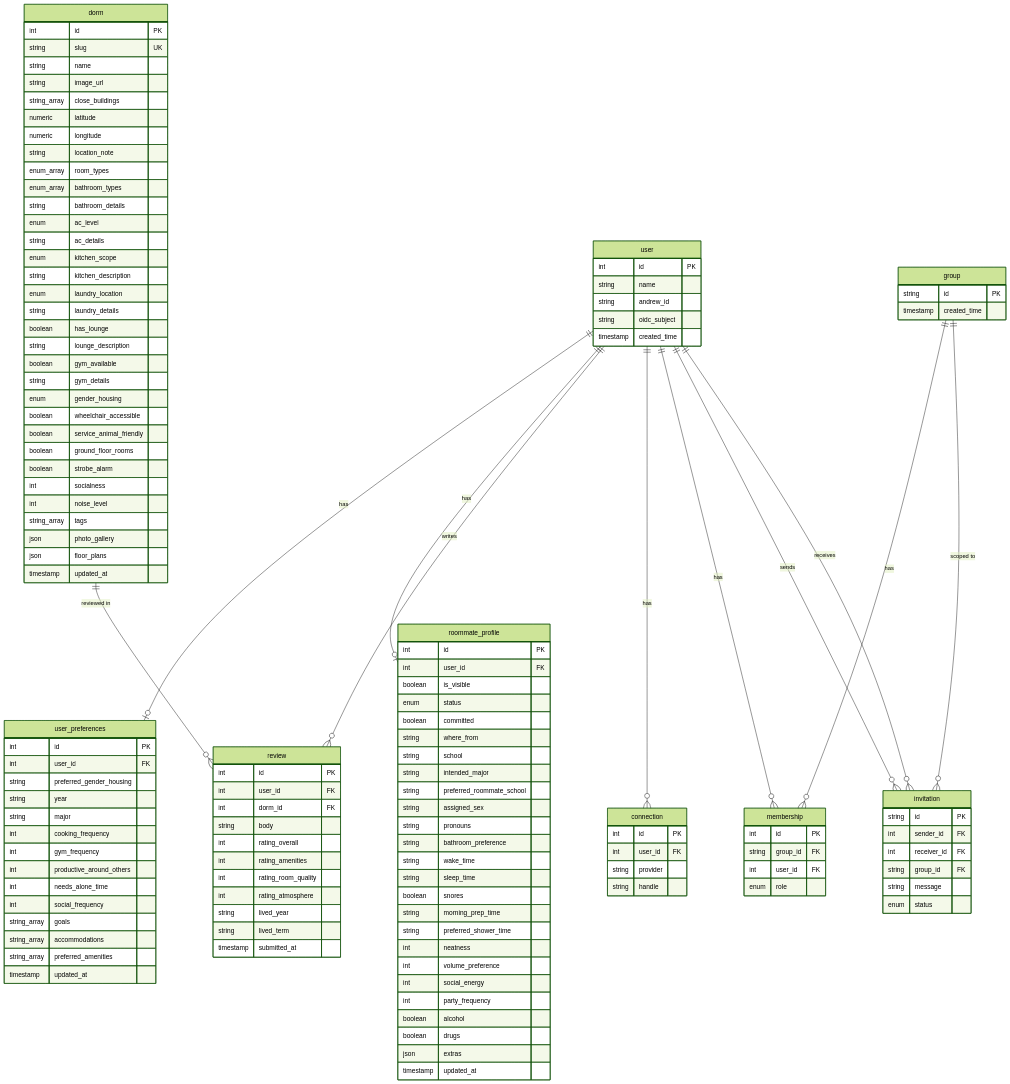
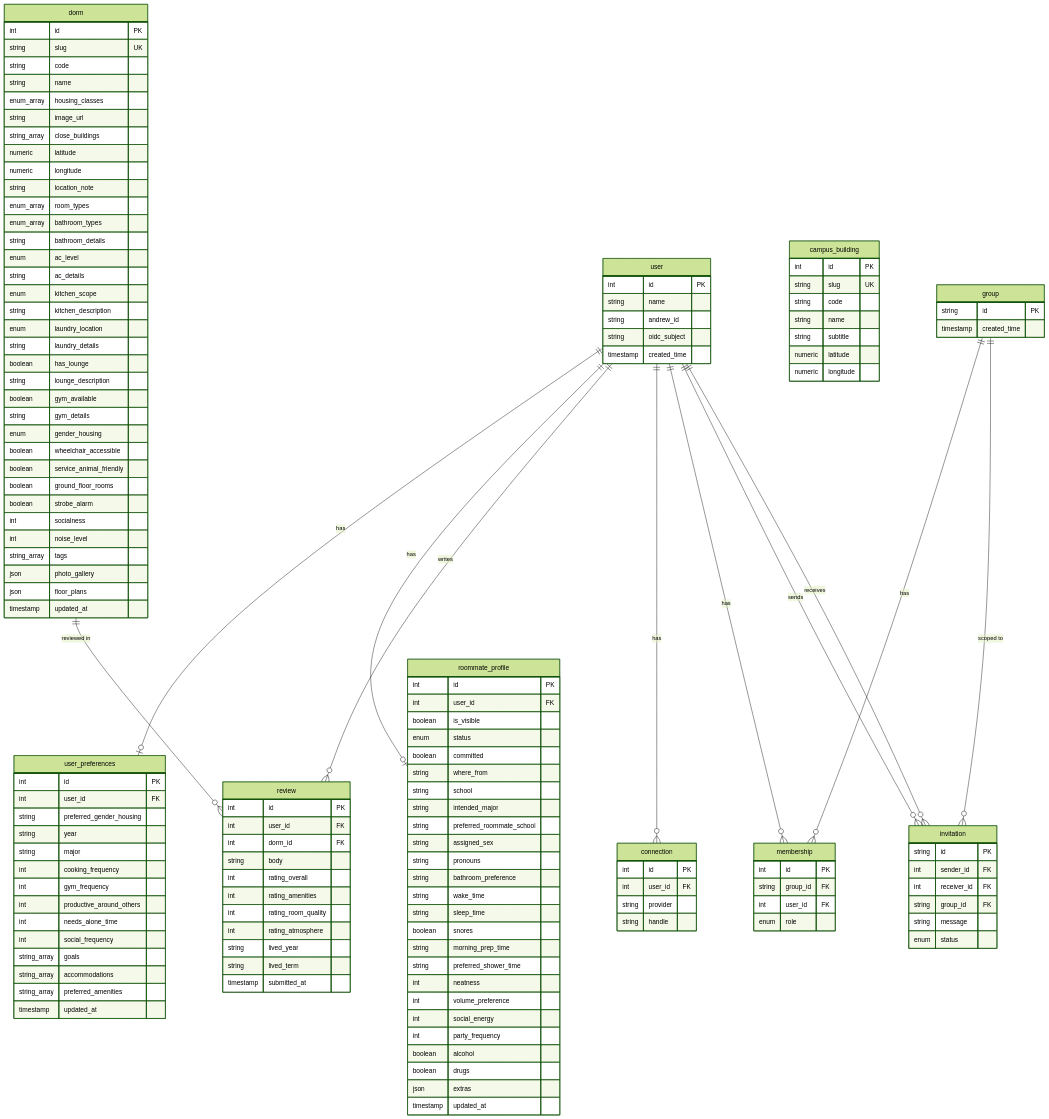
The diagram in docs/database-schema.md (ScottyLabs/housing), drawn with Mermaid (forest theme) before and after one commit. The commit also changed other lines of this file and 1 other file, not shown here.

Commit message:
docs: describe the database-backed building data

```diff
--- a/docs/database-schema.md
+++ b/docs/database-schema.md
@@ -63,7 +63,9 @@
     dorm {
         int id PK
         string slug UK
+        string code
         string name
+        enum_array housing_classes
         string image_url
         string_array close_buildings
         numeric latitude
@@ -93,6 +95,15 @@
         json photo_gallery
         json floor_plans
         timestamp updated_at
+    }
+    campus_building {
+        int id PK
+        string slug UK
+        string code
+        string name
+        string subtitle
+        numeric latitude
+        numeric longitude
     }
     review {
         int id PK
```
